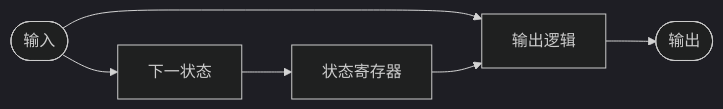
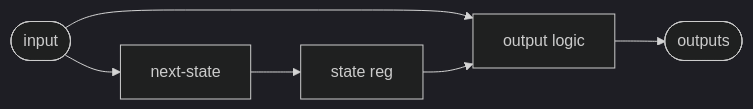
One commit to Kmila9s/Kmila changed the second of 2 diagrams in Kmila.Shared/wwwroot/Learn/ch/fsm/01-mealy-vs-moore.md. Above: the diagram before and after it, drawn with Mermaid (dark theme). The commit also changed other lines of this file and 207 other files, not shown here.

````diff
--- a/Kmila.Shared/wwwroot/Learn/ch/fsm/01-mealy-vs-moore.md
+++ b/Kmila.Shared/wwwroot/Learn/ch/fsm/01-mealy-vs-moore.md
@@ -32,8 +32,8 @@
 ```mermaid
 flowchart LR
-    IN([输入]) --> NS["下一状态"]
-    NS --> SR["状态寄存器"]
-    IN --> OL["输出逻辑"]
+    IN([input]) --> NS["next-state"]
+    NS --> SR["state reg"]
+    IN --> OL["output logic"]
     SR --> OL
-    OL --> OUT([输出])
+    OL --> OUT([outputs])
 ```
````
